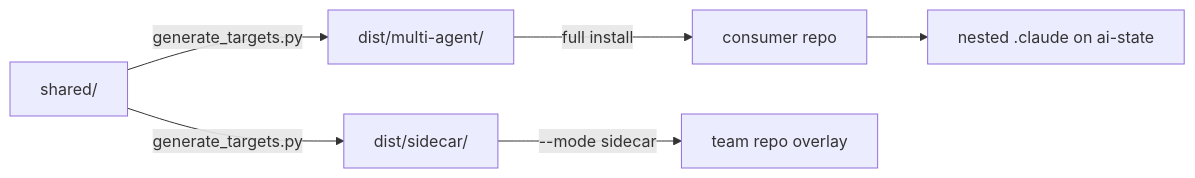
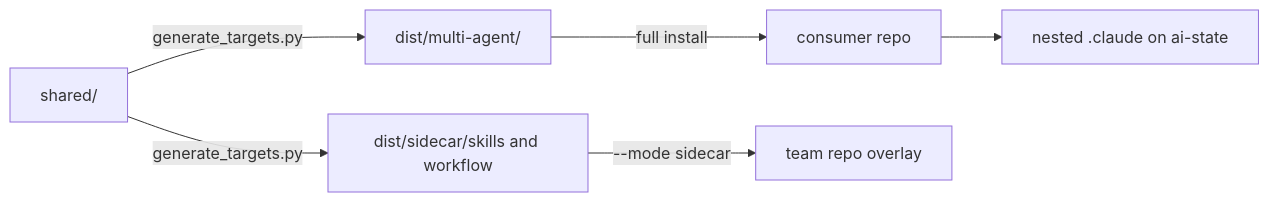
The diagram in openwiki/quickstart.md (Ghisso/github_copilot_bootstrap), drawn with Mermaid before and after one commit. The commit also changed other lines of this file and 19 other files, not shown here.

First line of the commit message:
docs(openwiki): refresh the knowledge layer for the sidecar workflow profile

````diff
--- a/openwiki/quickstart.md
+++ b/openwiki/quickstart.md
@@ -33,8 +33,8 @@
 ```mermaid
 flowchart LR
     S[shared/] -->|generate_targets.py| D[dist/multi-agent/]
-    S -->|generate_targets.py| SC[dist/sidecar/]
+    S -->|generate_targets.py| SC[dist/sidecar/skills and workflow]
     D -->|full install| C[consumer repo]
     C --> N[nested .claude on ai-state]
     SC -->|--mode sidecar| T[team repo overlay]
 ```
````
